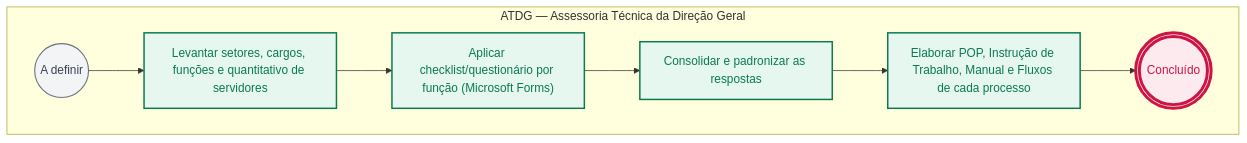
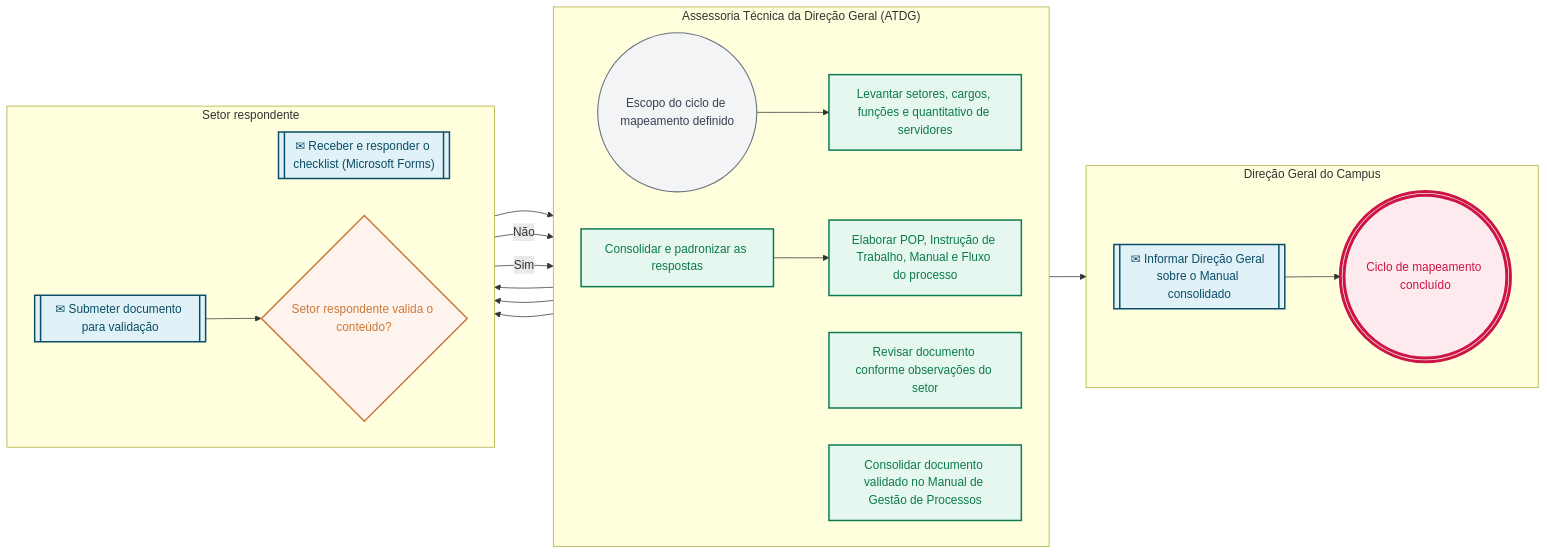
The second of 2 diagrams in pops/MAP/MAP-00.md (jessefers/canvas-vivo-atdg), drawn with Mermaid before and after one commit. The commit also changed other lines of this file and 61 other files, not shown here.

````diff
--- a/pops/MAP/MAP-00.md
+++ b/pops/MAP/MAP-00.md
@@ -120,26 +156,45 @@
 ```mermaid
 flowchart LR
-  subgraph R1["ATDG — Assessoria Técnica da Direção Geral"]
+  subgraph R1["Assessoria Técnica da Direção Geral (ATDG)"]
     direction LR
-    e1(("A definir"))
+    e1(("Escopo do ciclo de mapeamento definido"))
     e2["Levantar setores, cargos, funções e quantitativo de servidores"]
-    e3["Aplicar checklist/questionário por função (Microsoft Forms)"]
     e4["Consolidar e padronizar as respostas"]
-    e5["Elaborar POP, Instrução de Trabalho, Manual e Fluxos de cada processo"]
-    e6((("Concluído")))
+    e5["Elaborar POP, Instrução de Trabalho, Manual e Fluxo do processo"]
+    e8["Revisar documento conforme observações do setor"]
+    e9["Consolidar documento validado no Manual de Gestão de Processos"]
+  end
+  subgraph R2["Setor respondente"]
+    direction LR
+    e3[["✉ Receber e responder o checklist (Microsoft Forms)"]]
+    e6[["✉ Submeter documento para validação"]]
+    e7{"Setor respondente valida o conteúdo?"}
+  end
+  subgraph R3["Direção Geral do Campus"]
+    direction LR
+    e10[["✉ Informar Direção Geral sobre o Manual consolidado"]]
+    e11((("Ciclo de mapeamento concluído")))
   end
   e1 --> e2
   e2 --> e3
   e3 --> e4
   e4 --> e5
   e5 --> e6
+  e6 --> e7
+  e7 -- Não --> e8
+  e8 --> e6
+  e7 -- Sim --> e9
+  e9 --> e10
+  e10 --> e11
   classDef inicio fill:#f3f4f6,stroke:#6b7280,stroke-width:1.5px,color:#374151
   classDef atividade fill:#E6F7F0,stroke:#0B7A4E,stroke-width:2px,color:#0B7A4E
   classDef decisao fill:#FFF4ED,stroke:#C9783A,stroke-width:2px,color:#C9783A
   classDef fim fill:#FDEAEE,stroke:#CC1544,stroke-width:4px,color:#CC1544
   classDef pausa fill:#FDEAEE,stroke:#CC1544,stroke-width:2px,color:#CC1544
   classDef captura fill:#E0F2F8,stroke:#0B4D66,stroke-width:2px,color:#0B4D66
   class e1 inicio
-  class e2,e3,e4,e5 atividade
-  class e6 fim
+  class e2,e4,e5,e8,e9 atividade
+  class e3,e6,e10 captura
+  class e7 decisao
+  class e11 fim
 ```
````
